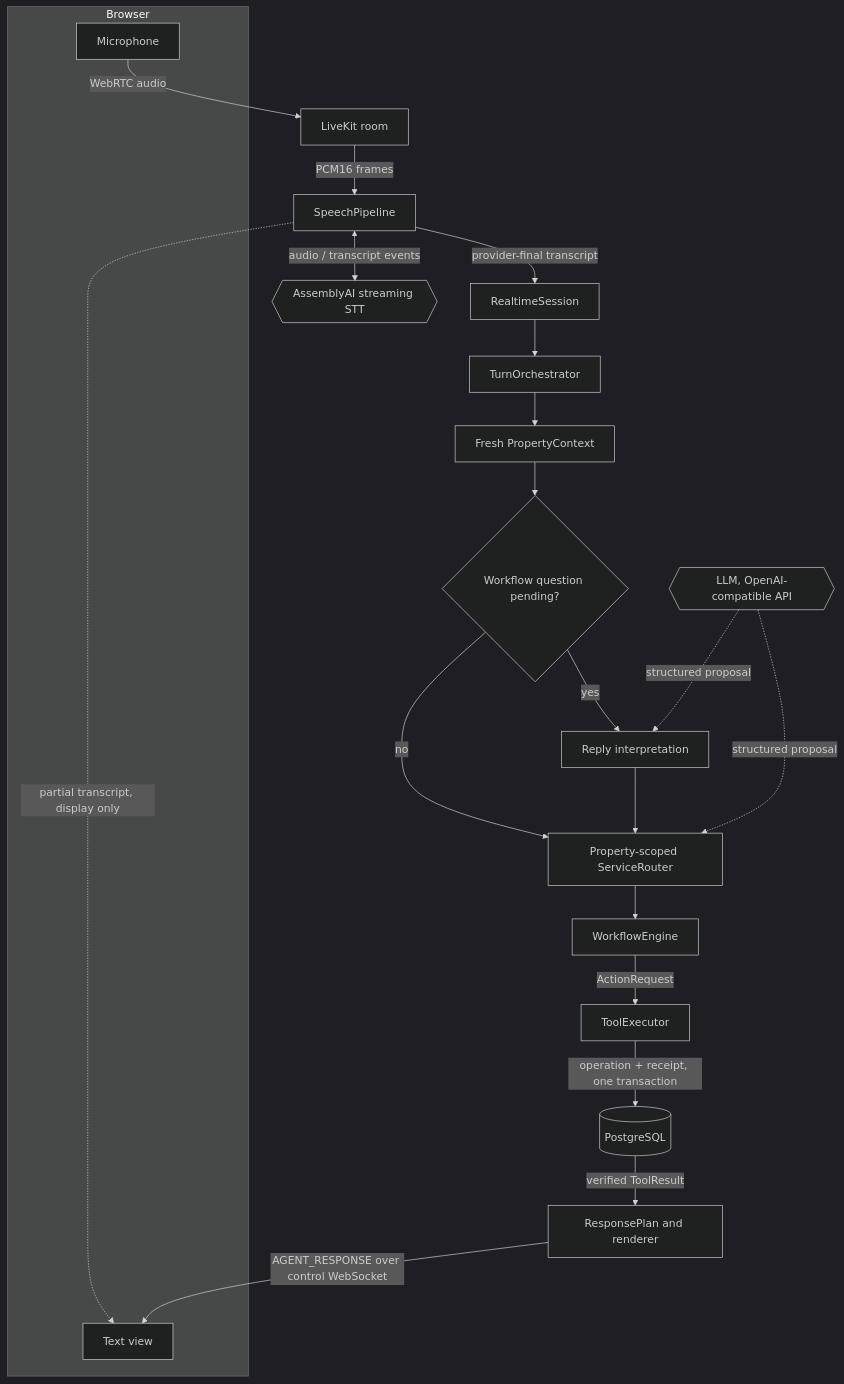
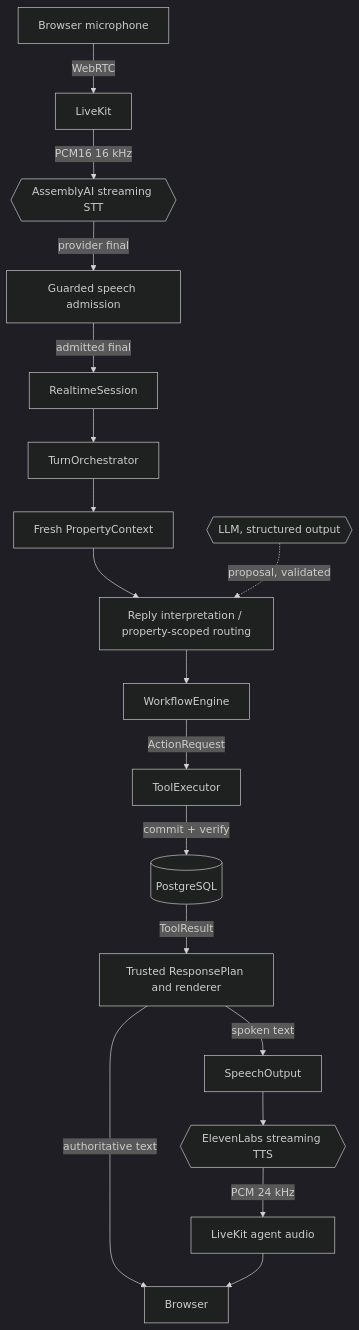
The diagram in README.md (ikramgafai/relay-property-voice-agent), drawn with Mermaid (dark theme) before and after one commit. The commit also changed other lines of this file and 14 other files, not shown here.

````diff
--- a/README.md
+++ b/README.md
@@ -20,28 +25,20 @@
 ```mermaid
 flowchart TD
-    subgraph browser [Browser]
-        mic[Microphone]
-        view[Text view]
-    end
-
-    mic -->|WebRTC audio| lk[LiveKit room]
-    lk -->|PCM16 frames| sp[SpeechPipeline]
-    sp <-->|audio / transcript events| stt{{AssemblyAI streaming STT}}
-    sp -.->|partial transcript, display only| view
-    sp -->|provider-final transcript| rs[RealtimeSession]
-
+    mic[Browser microphone] -->|WebRTC| lkin[LiveKit]
+    lkin -->|PCM16 16 kHz| stt{{AssemblyAI streaming STT}}
+    stt -->|provider final| adm[Guarded speech admission]
+    adm -->|admitted final| rs[RealtimeSession]
     rs --> orch[TurnOrchestrator]
     orch --> ctx[Fresh PropertyContext]
-    ctx --> pending{Workflow question pending?}
-    pending -->|yes| reply[Reply interpretation]
-    pending -->|no| router[Property-scoped ServiceRouter]
-    reply --> router
-    router --> wf[WorkflowEngine]
+    ctx --> route[Reply interpretation / property-scoped routing]
+    route --> wf[WorkflowEngine]
     wf -->|ActionRequest| tools[ToolExecutor]
-    tools -->|operation + receipt, one transaction| db[(PostgreSQL)]
-    db -->|verified ToolResult| plan[ResponsePlan and renderer]
-    plan -->|AGENT_RESPONSE over control WebSocket| view
-
-    llm{{LLM, OpenAI-compatible API}} -.->|structured proposal| reply
-    llm -.->|structured proposal| router
+    tools -->|commit + verify| db[(PostgreSQL)]
+    db -->|ToolResult| plan[Trusted ResponsePlan and renderer]
+    plan -->|authoritative text| browser[Browser]
+    plan -->|spoken text| out[SpeechOutput]
+    out --> tts{{ElevenLabs streaming TTS}}
+    tts -->|PCM 24 kHz| lkout[LiveKit agent audio]
+    lkout --> browser
+    llm{{LLM, structured output}} -.->|proposal, validated| route
 ```
````
